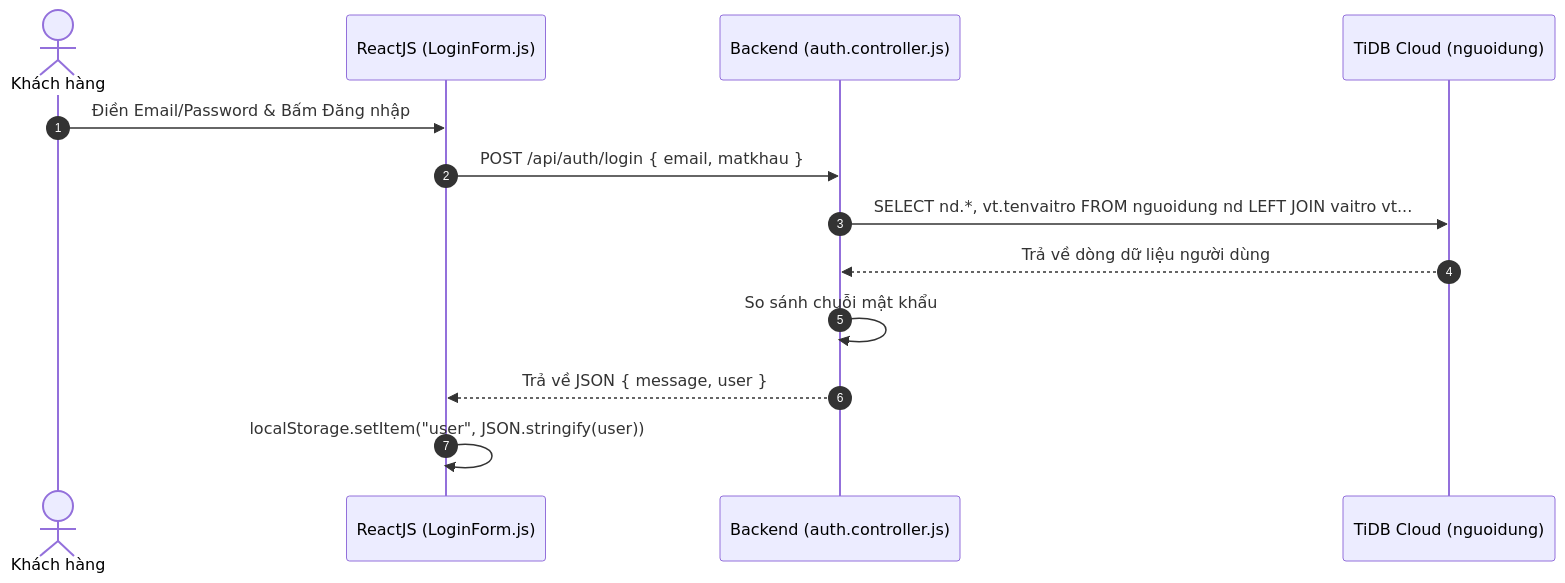
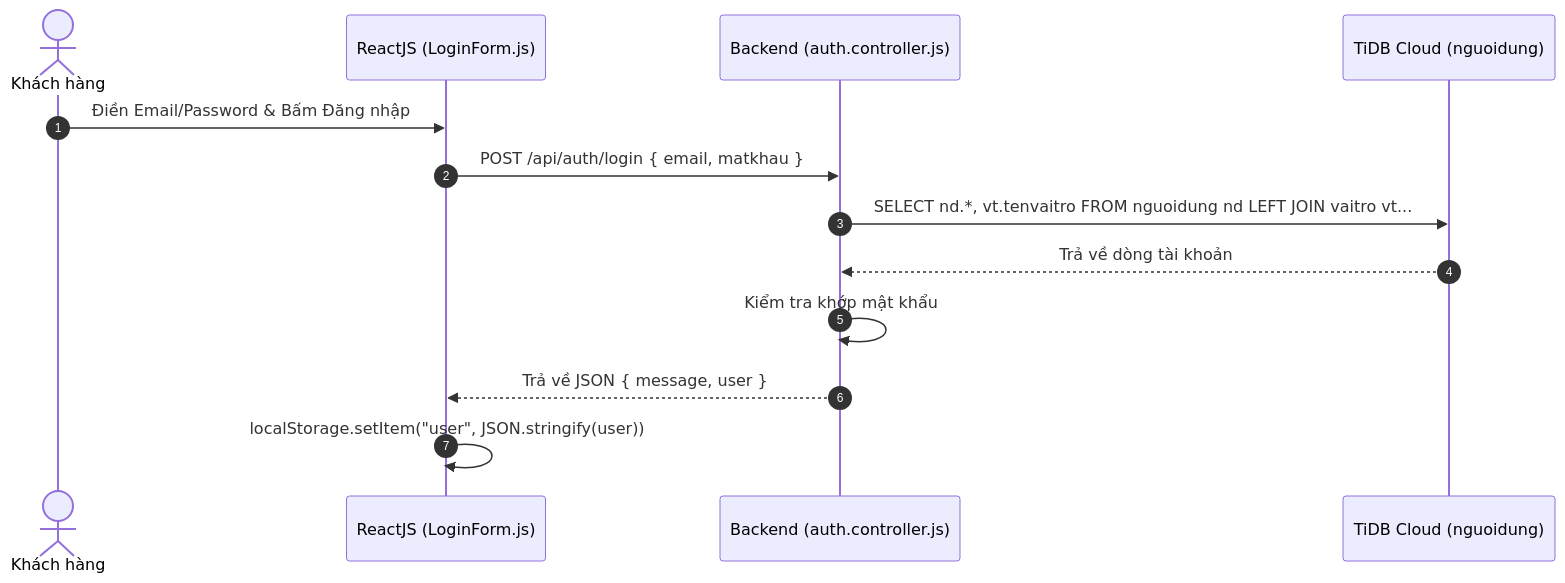
One commit to yennhi24062002/website-ban-my-pham changed the first of 2 diagrams in DOC_NGHIEPVU.md. Above: the diagram before and after it, drawn with Mermaid. The commit also changed other lines of this file, not shown here.

Commit message:
Add SlideBaoVe_PhamYenNhi_5MucChuan.pptx and update full DOC_NGHIEPVU.md with SQL schemas

````diff
--- a/DOC_NGHIEPVU.md
+++ b/DOC_NGHIEPVU.md
@@ -50,16 +118,16 @@
 ```mermaid
 sequenceDiagram
   autonumber
   actor User as Khách hàng
   participant UI as ReactJS (LoginForm.js)
   participant API as Backend (auth.controller.js)
   participant DB as TiDB Cloud (nguoidung)
 
   User->>UI: Điền Email/Password & Bấm Đăng nhập
   UI->>API: POST /api/auth/login { email, matkhau }
   API->>DB: SELECT nd.*, vt.tenvaitro FROM nguoidung nd LEFT JOIN vaitro vt...
-  DB-->>API: Trả về dòng dữ liệu người dùng
-  API->>API: So sánh chuỗi mật khẩu
+  DB-->>API: Trả về dòng tài khoản
+  API->>API: Kiểm tra khớp mật khẩu
   API-->>UI: Trả về JSON { message, user }
   UI->>UI: localStorage.setItem("user", JSON.stringify(user))
 ```
````
